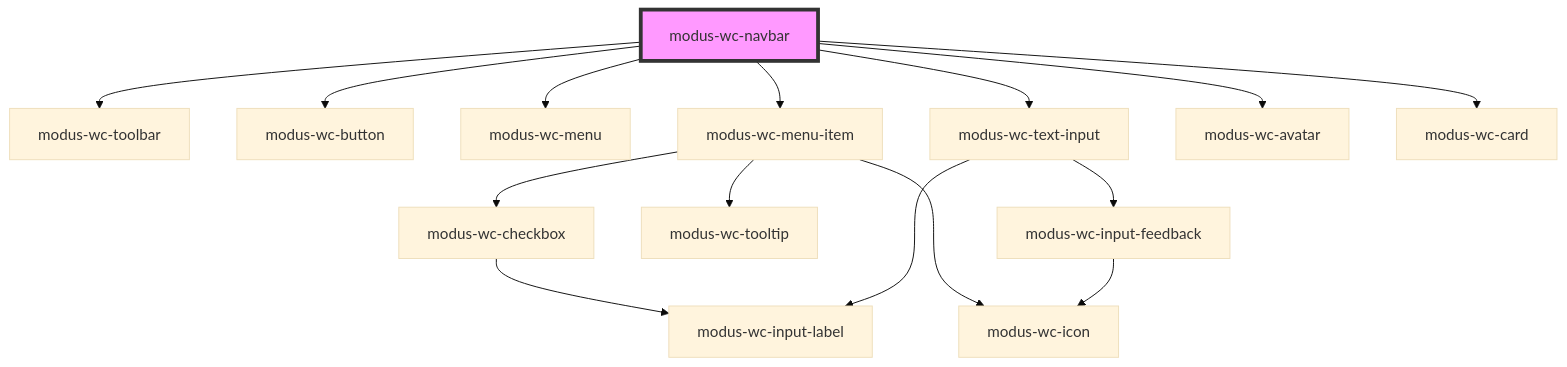
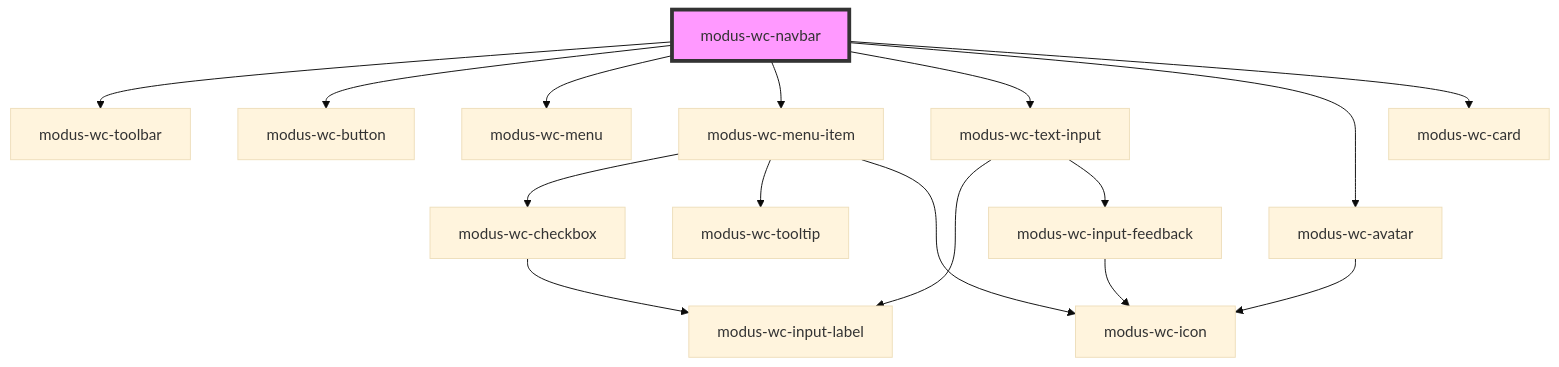
One commit to trimble-oss/modus-wc-2.0 changed the diagram in src/components/modus-wc-navbar/readme.md. Above: the diagram before and after it, drawn with Mermaid (base theme). The commit also changed 9 other files, not shown here.

````diff
--- a/src/components/modus-wc-navbar/readme.md
+++ b/src/components/modus-wc-navbar/readme.md
@@ -67,18 +67,19 @@
 ```mermaid
 graph TD;
   modus-wc-navbar --> modus-wc-toolbar
   modus-wc-navbar --> modus-wc-button
   modus-wc-navbar --> modus-wc-menu
   modus-wc-navbar --> modus-wc-menu-item
   modus-wc-navbar --> modus-wc-text-input
   modus-wc-navbar --> modus-wc-avatar
   modus-wc-navbar --> modus-wc-card
   modus-wc-menu-item --> modus-wc-checkbox
   modus-wc-menu-item --> modus-wc-tooltip
   modus-wc-menu-item --> modus-wc-icon
   modus-wc-checkbox --> modus-wc-input-label
   modus-wc-text-input --> modus-wc-input-label
   modus-wc-text-input --> modus-wc-input-feedback
   modus-wc-input-feedback --> modus-wc-icon
+  modus-wc-avatar --> modus-wc-icon
   style modus-wc-navbar fill:#f9f,stroke:#333,stroke-width:4px
 ```
````
